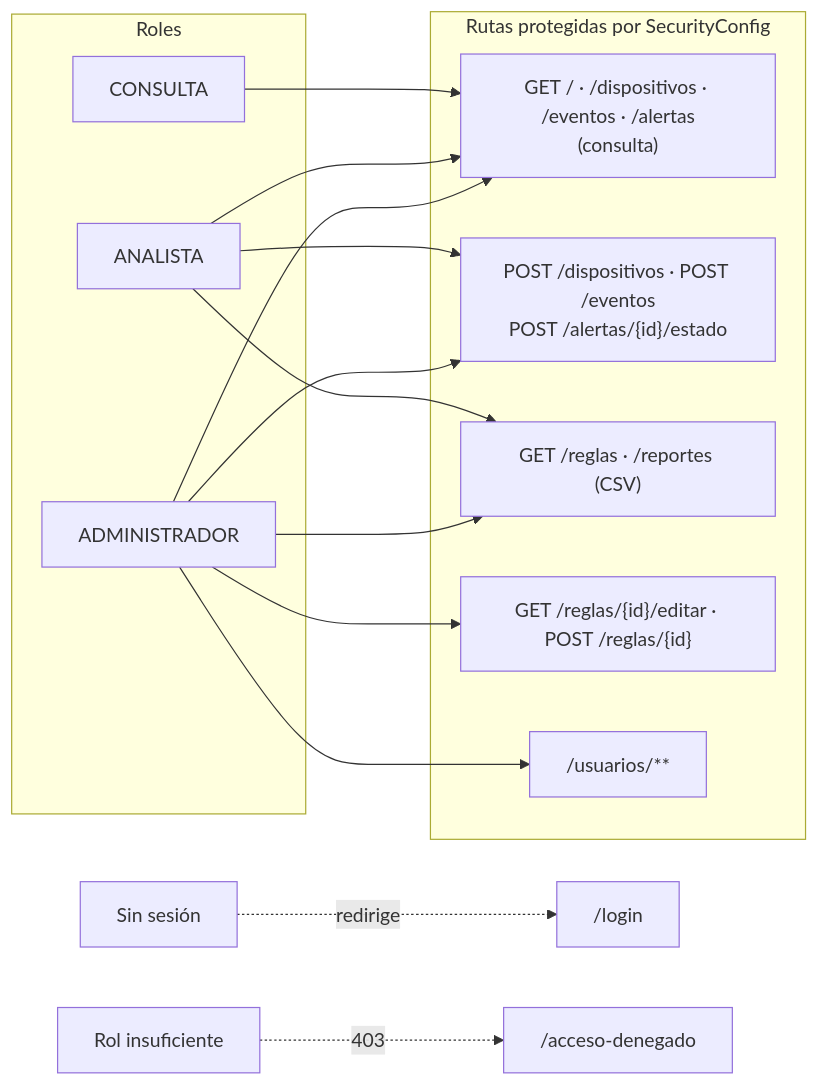
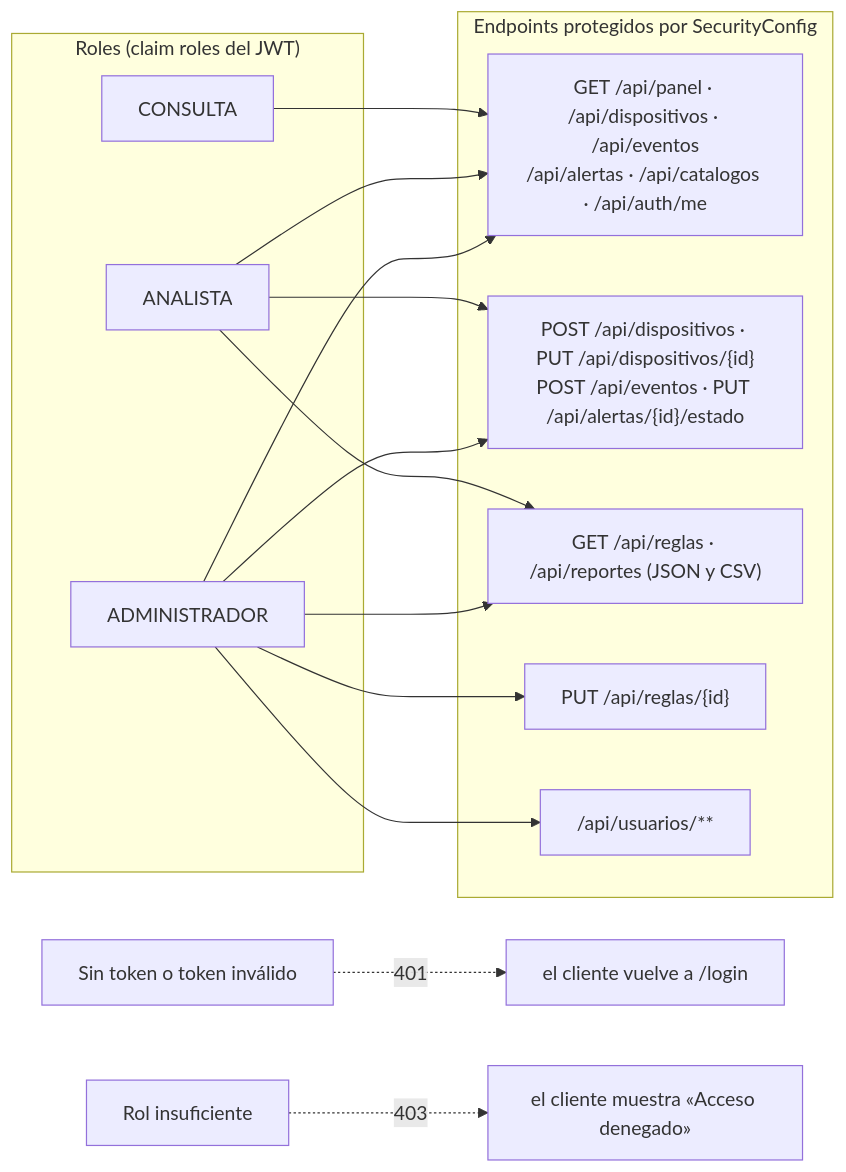
Before and after one commit to velosergio/Cyberguard: the diagram in Docs/img/fuentes/10-permisos-roles.mmd, drawn with Mermaid. The commit also changed 67 other files, not shown here.

```diff
--- a/Docs/img/fuentes/10-permisos-roles.mmd
+++ b/Docs/img/fuentes/10-permisos-roles.mmd
@@ -1,18 +1,18 @@
 flowchart LR
-    subgraph R["Roles"]
+    subgraph R["Roles (claim roles del JWT)"]
         ADM["ADMINISTRADOR"]
         ANA["ANALISTA"]
         CON["CONSULTA"]
     end
-    subgraph P["Rutas protegidas por SecurityConfig"]
-        P1["GET / · /dispositivos · /eventos · /alertas<br/>(consulta)"]
-        P2["POST /dispositivos · POST /eventos<br/>POST /alertas/{id}/estado"]
-        P3["GET /reglas · /reportes (CSV)"]
-        P4["GET /reglas/{id}/editar · POST /reglas/{id}"]
-        P5["/usuarios/**"]
+    subgraph P["Endpoints protegidos por SecurityConfig"]
+        P1["GET /api/panel · /api/dispositivos · /api/eventos<br/>/api/alertas · /api/catalogos · /api/auth/me"]
+        P2["POST /api/dispositivos · PUT /api/dispositivos/{id}<br/>POST /api/eventos · PUT /api/alertas/{id}/estado"]
+        P3["GET /api/reglas · /api/reportes (JSON y CSV)"]
+        P4["PUT /api/reglas/{id}"]
+        P5["/api/usuarios/**"]
     end
     ADM --> P1 & P2 & P3 & P4 & P5
     ANA --> P1 & P2 & P3
     CON --> P1
-    X["Sin sesión"] -. "redirige" .-> L["/login"]
-    Y["Rol insuficiente"] -. "403" .-> D["/acceso-denegado"]
+    X["Sin token o token inválido"] -. "401" .-> L["el cliente vuelve a /login"]
+    Y["Rol insuficiente"] -. "403" .-> D["el cliente muestra «Acceso denegado»"]
```
